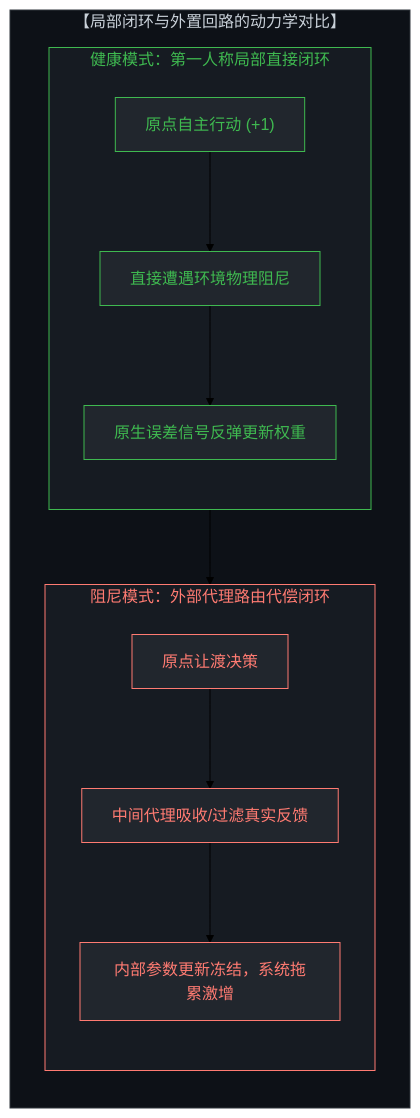
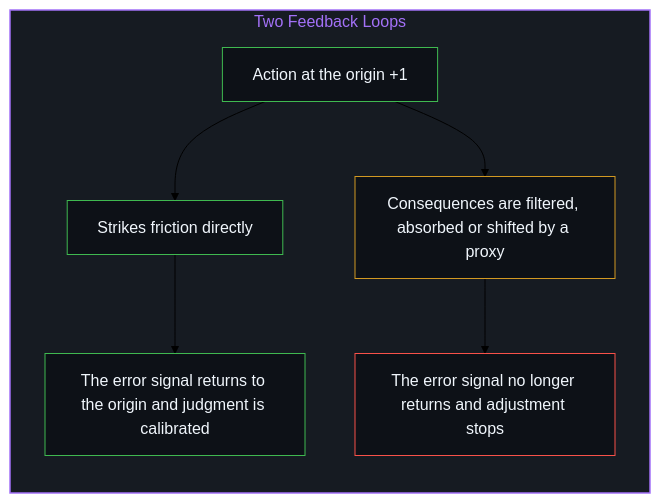
The tenth of 12 diagrams in content/posts/the-mirror-handshake-of-power.md (powerpig99/not-a-toe), drawn with Mermaid (forest theme) before and after one commit. The commit also changed other lines of this file and 3 other files, not shown here.

Commit message:
Refine the-mirror-handshake-of-power: alternating bilingual layout, English diagram twins, first-person framing

````diff
--- a/content/posts/the-mirror-handshake-of-power.md
+++ b/content/posts/the-mirror-handshake-of-power.md
@@ -266,32 +280,22 @@
 ```mermaid
-graph TD
-    subgraph FeedbackComparison["【局部闭环与外置回路的动力学对比】"]
+flowchart TD
+    subgraph S_Loops["Two Feedback Loops"]
         direction TB
-        subgraph LocalClosedLoop["健康模式：第一人称局部直接闭环"]
-            direction TB
-            ActionDirect["原点自主行动 (+1)"]
-            FrictionDirect["直接遭遇环境物理阻尼"]
-            GradientDirect["原生误差信号反弹更新权重"]
-            ActionDirect --> FrictionDirect
-            FrictionDirect --> GradientDirect
-        end
-        subgraph ExternalRoutedLoop["阻尼模式：外部代理路由代偿闭环"]
-            direction TB
-            ActionProxy["原点让渡决策"]
-            ProxyBuffer["中间代理吸收/过滤真实反馈"]
-            FrozenGradient["内部参数更新冻结，系统拖累激增"]
-            ActionProxy --> ProxyBuffer
-            ProxyBuffer --> FrozenGradient
-        end
-        LocalClosedLoop --> ExternalRoutedLoop
+        Act["Action at the origin +1"]
+        Friction["Strikes friction directly"]
+        Return["The error signal returns to the origin and judgment is calibrated"]
+        Proxy["Consequences are filtered, absorbed or shifted by a proxy"]
+        Frozen["The error signal no longer returns and adjustment stops"]
+        Act --> Friction
+        Friction --> Return
+        Act --> Proxy
+        Proxy --> Frozen
     end
-    style FeedbackComparison fill:#0d1117,stroke:#30363d,stroke-width:1px,color:#c9d1d9
-    style LocalClosedLoop fill:#161b22,stroke:#3fb950,stroke-width:1px,color:#3fb950
-    style ExternalRoutedLoop fill:#161b22,stroke:#ff7b72,stroke-width:1px,color:#ff7b72
-    style ActionDirect fill:#21262d,stroke:#3fb950,color:#3fb950
-    style FrictionDirect fill:#21262d,stroke:#3fb950,color:#3fb950
-    style GradientDirect fill:#21262d,stroke:#3fb950,color:#3fb950
-    style ActionProxy fill:#21262d,stroke:#ff7b72,color:#ff7b72
-    style ProxyBuffer fill:#21262d,stroke:#ff7b72,color:#ff7b72
-    style FrozenGradient fill:#21262d,stroke:#ff7b72,color:#ff7b72
+
+    style S_Loops fill:#161b22,stroke:#a371f7,stroke-width:1.5px,color:#a371f7
+    style Act fill:#0d1117,stroke:#3fb950,stroke-width:1px,color:#f0f6fc
+    style Friction fill:#0d1117,stroke:#3fb950,stroke-width:1px,color:#f0f6fc
+    style Return fill:#0d1117,stroke:#3fb950,stroke-width:1px,color:#f0f6fc
+    style Proxy fill:#0d1117,stroke:#d29922,stroke-width:1px,color:#f0f6fc
+    style Frozen fill:#0d1117,stroke:#f85149,stroke-width:1px,color:#f0f6fc
 ```
````
